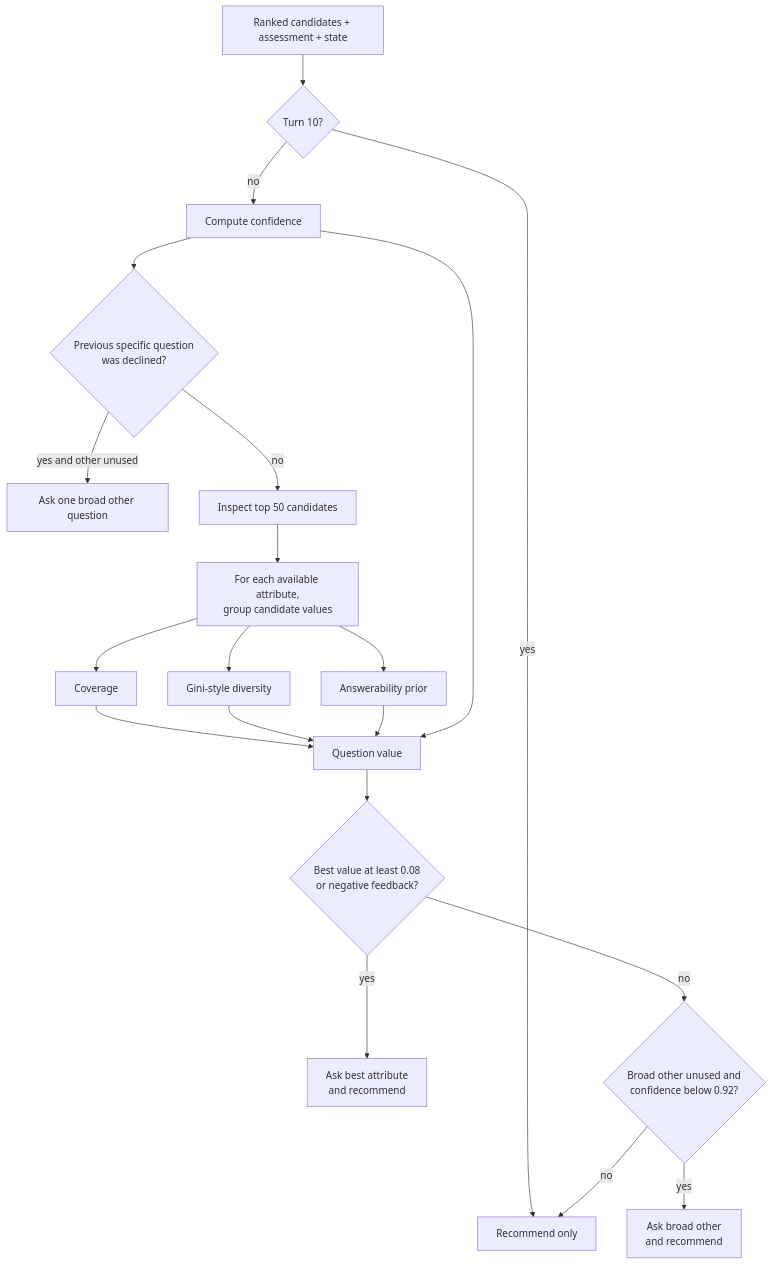
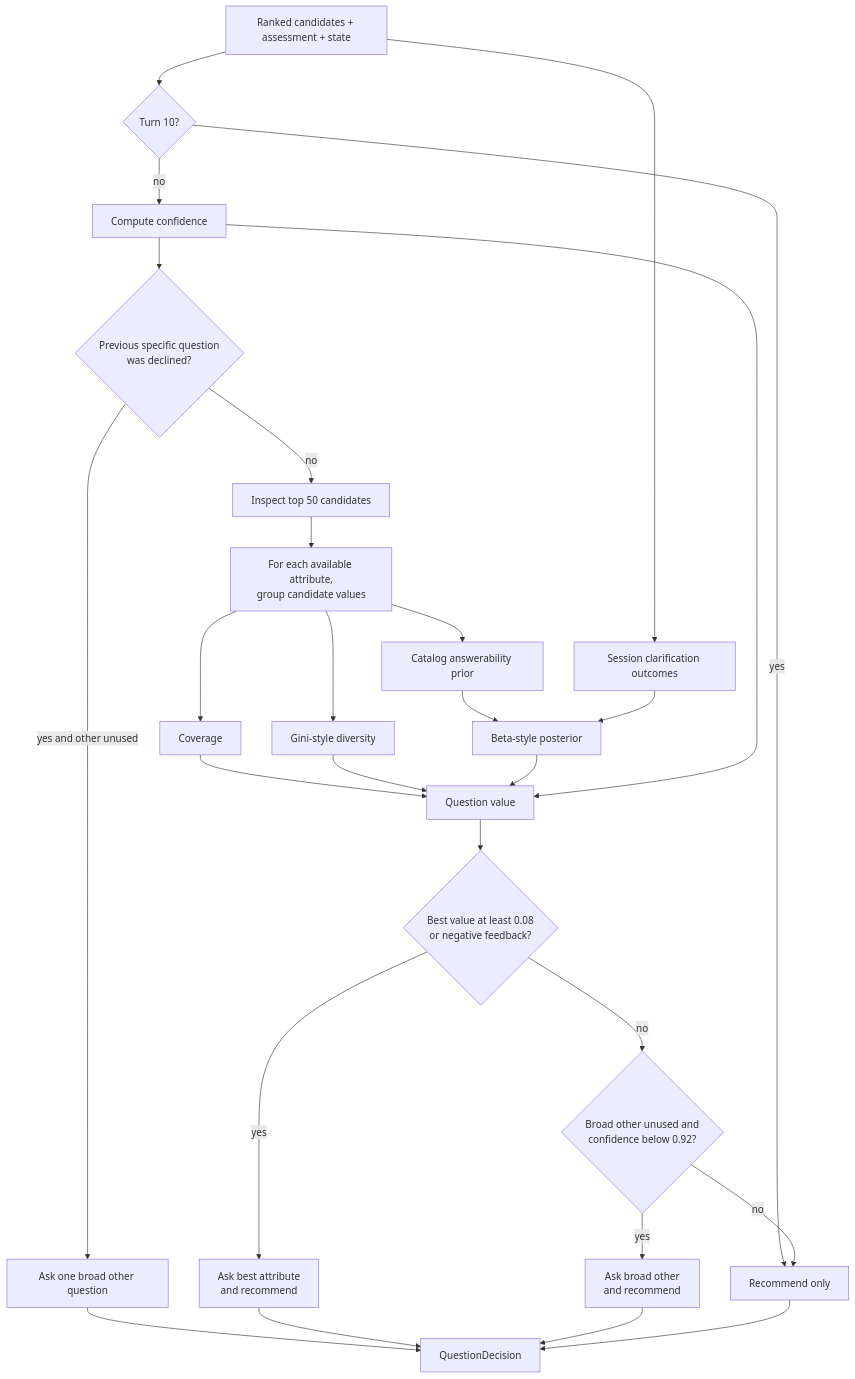
One commit to ash15khng/tiktok-techjam changed the tenth of 14 diagrams in docs/system-flowcharts.md. Above: the diagram before and after it, drawn with Mermaid. The commit also changed other lines of this file and 9 other files, not shown here.

Commit message:
document generalized architecture and evaluation discipline

````diff
--- a/docs/system-flowcharts.md
+++ b/docs/system-flowcharts.md
@@ -458,24 +470,31 @@
 ```mermaid
 flowchart TD
     A[Ranked candidates + assessment + state] --> B{Turn 10?}
     B -->|yes| Z[Recommend only]
     B -->|no| C[Compute confidence]
     C --> D{Previous specific question<br/>was declined?}
     D -->|yes and other unused| E[Ask one broad other question]
     D -->|no| F[Inspect top 50 candidates]
 
     F --> G[For each available attribute,<br/>group candidate values]
     G --> H[Coverage]
     G --> I[Gini-style diversity]
-    G --> J[Answerability prior]
+    G --> J[Catalog answerability prior]
+    A --> J1[Session clarification outcomes]
+    J --> J2[Beta-style posterior]
+    J1 --> J2
     H --> K[Question value]
     I --> K
-    J --> K
+    J2 --> K
     C --> K
 
     K --> L{Best value at least 0.08<br/>or negative feedback?}
     L -->|yes| M[Ask best attribute<br/>and recommend]
     L -->|no| N{Broad other unused and<br/>confidence below 0.92?}
     N -->|yes| O[Ask broad other<br/>and recommend]
     N -->|no| Z
+    E --> P[QuestionDecision]
+    M --> P
+    O --> P
+    Z --> P
 ```
````
